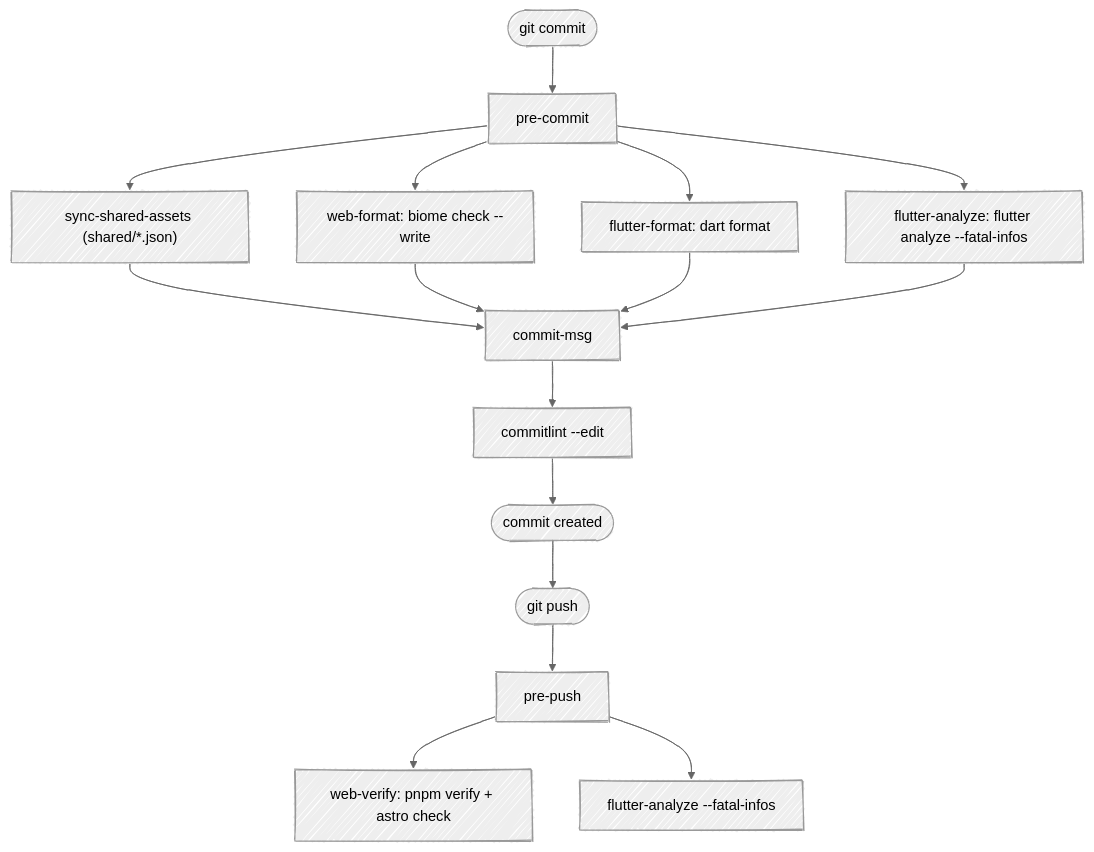
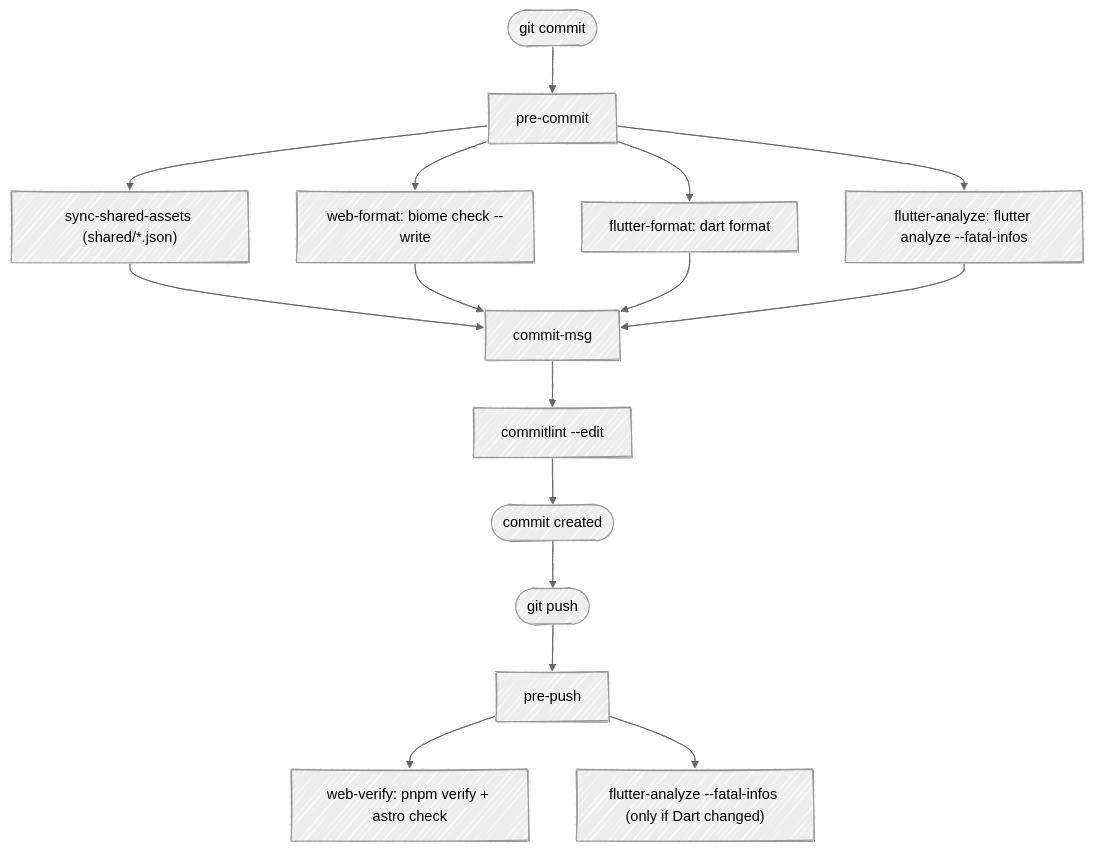
The diagram in docs/wiki/Git-Hooks.md (fbuireu/contribKit), drawn with Mermaid before and after one commit. The commit also changed other lines of this file and 1 other file, not shown here.

First line of the commit message:
ci(contribkit-app): stop a markdown push paying for a Flutter analysis

````diff
--- a/docs/wiki/Git-Hooks.md
+++ b/docs/wiki/Git-Hooks.md
@@ -37,19 +37,19 @@
 ```mermaid
 ---
 config:
   look: handDrawn
   theme: neutral
 ---
 flowchart TD
     commit(["git commit"]) --> pc["pre-commit"]
     pc --> sync["sync-shared-assets (shared/*.json)"]
     pc --> webfmt["web-format: biome check --write"]
     pc --> dartfmt["flutter-format: dart format"]
     pc --> analyze["flutter-analyze: flutter analyze --fatal-infos"]
     sync & webfmt & dartfmt & analyze --> cm["commit-msg"]
     cm --> lint["commitlint --edit"]
     lint --> done(["commit created"])
     done --> push(["git push"]) --> pp["pre-push"]
     pp --> webcheck["web-verify: pnpm verify + astro check"]
-    pp --> dartcheck["flutter-analyze --fatal-infos"]
+    pp --> dartcheck["flutter-analyze --fatal-infos (only if Dart changed)"]
 ```
````
